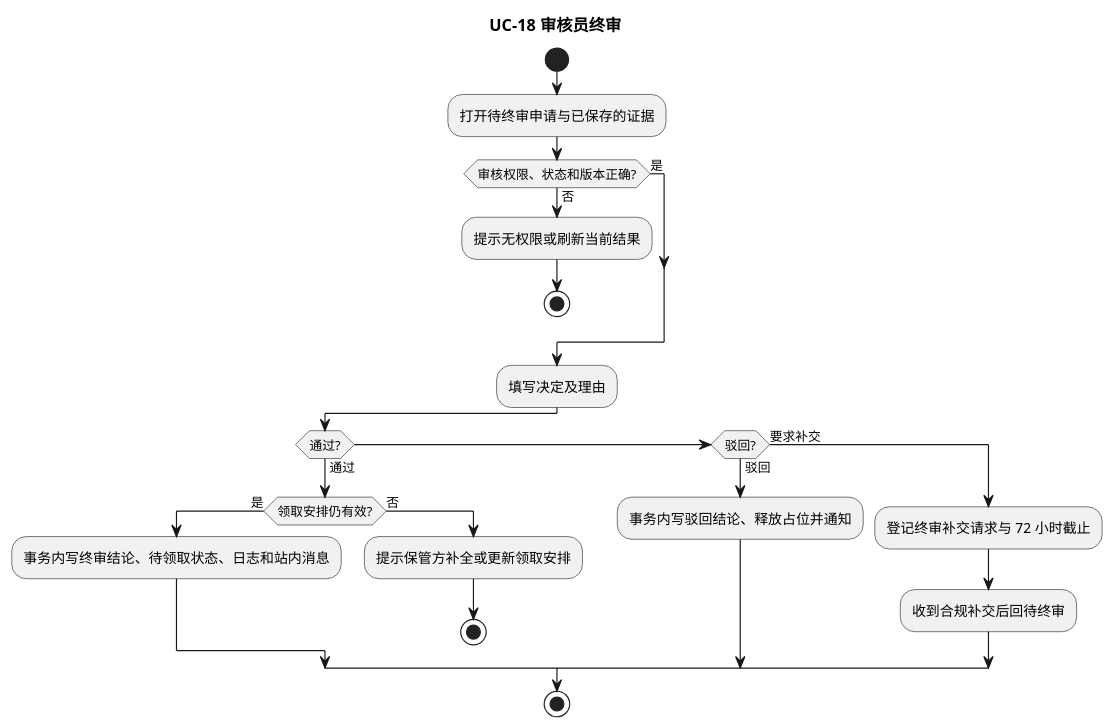
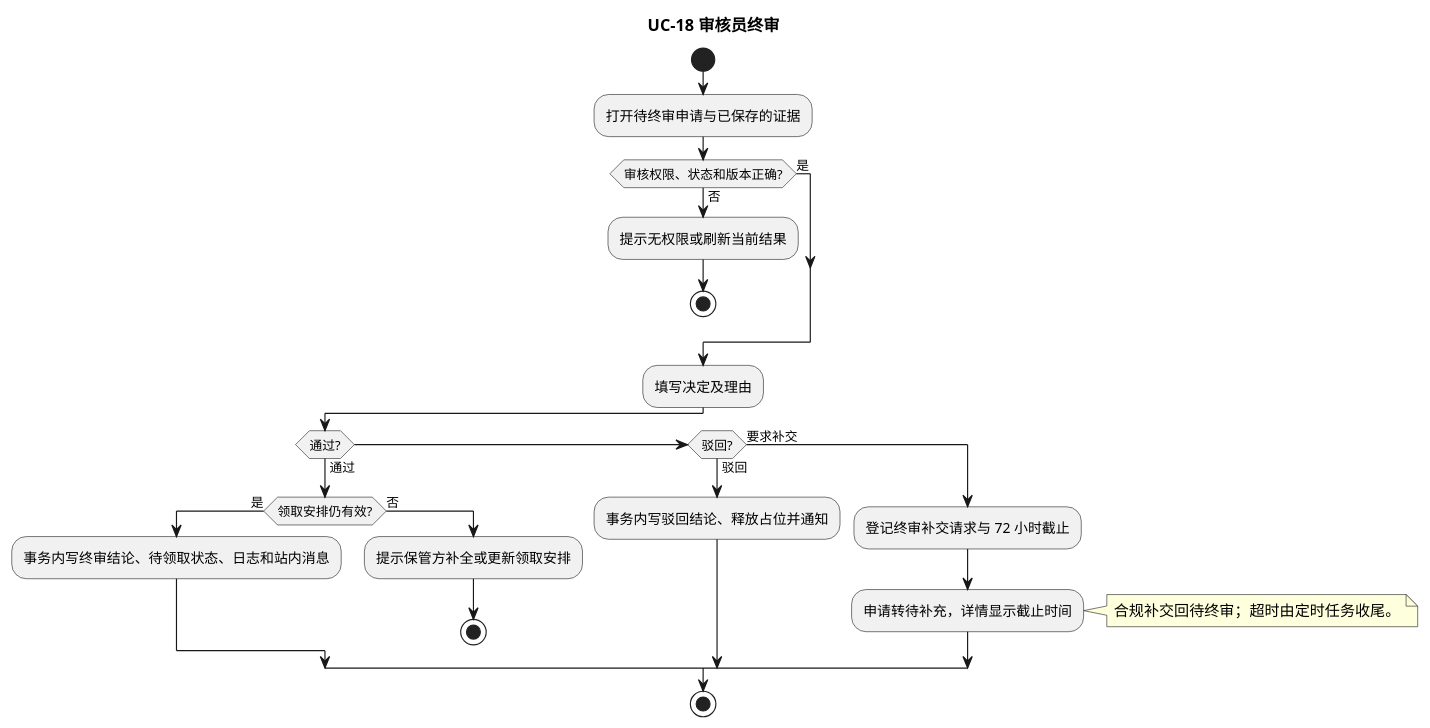
The diagram in models/sequence/act-uc18-final-review.puml (phao90016-jpg/Tongji-campus-lost-found), drawn with PlantUML before and after one commit. The commit also changed 30 other files, not shown here.

Commit message:
docs: 修正用例图和通知时序图

```diff
--- a/models/sequence/act-uc18-final-review.puml
+++ b/models/sequence/act-uc18-final-review.puml
@@ -1,29 +1,30 @@
 @startuml act-uc18-final-review
 title UC-18 审核员终审
 
 skinparam defaultFontName "PingFang SC"
 skinparam shadowing false
 
 start
 :打开待终审申请与已保存的证据;
 if (审核权限、状态和版本正确?) then (是)
 else (否)
   :提示无权限或刷新当前结果;
   stop
 endif
 :填写决定及理由;
 if (通过?) then (通过)
   if (领取安排仍有效?) then (是)
     :事务内写终审结论、待领取状态、日志和站内消息;
   else (否)
     :提示保管方补全或更新领取安排;
     stop
   endif
 elseif (驳回?) then (驳回)
   :事务内写驳回结论、释放占位并通知;
 else (要求补交)
   :登记终审补交请求与 72 小时截止;
-  :收到合规补交后回待终审;
+  :申请转待补充，详情显示截止时间;
+  note right: 合规补交回待终审；超时由定时任务收尾。
 endif
 stop
 @enduml
```
